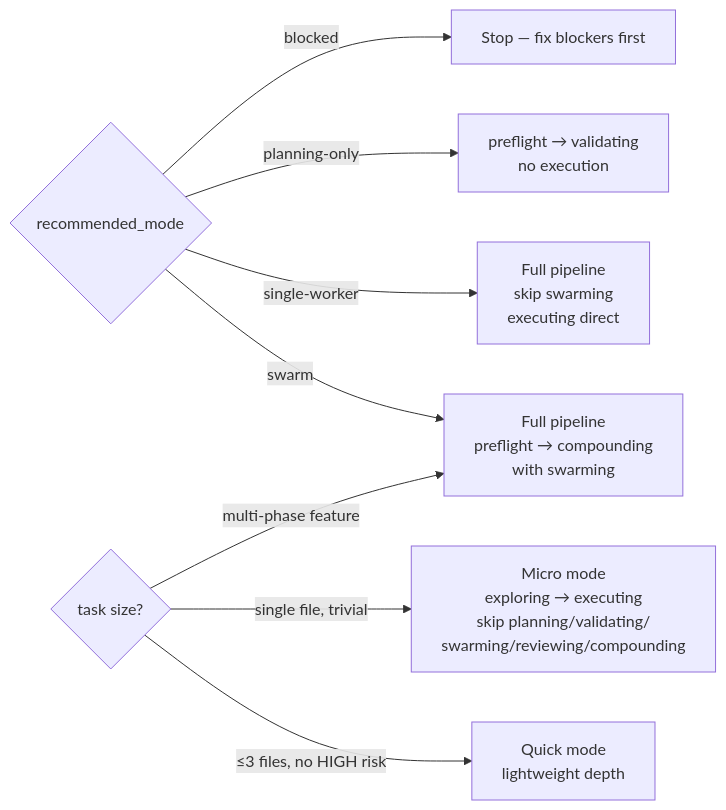
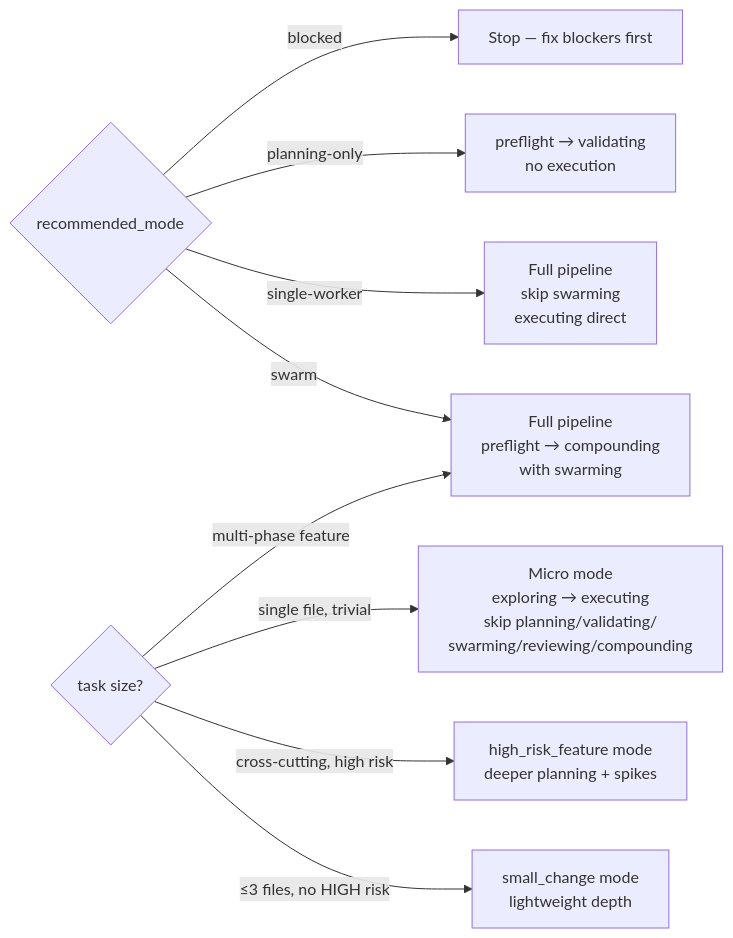
Before and after one commit to quanpersie2001/skills: the sixth of 7 diagrams in docs/ARCHITECTURE.md, drawn with Mermaid. The commit also changed other lines of this file and 20 other files, not shown here.

````diff
--- a/docs/ARCHITECTURE.md
+++ b/docs/ARCHITECTURE.md
@@ -568,13 +602,14 @@
 ```mermaid
 flowchart LR
     mode{recommended_mode}
     mode -->|swarm| full[Full pipeline\npreflight → compounding\nwith swarming]
     mode -->|single-worker| sw[Full pipeline\nskip swarming\nexecuting direct]
     mode -->|planning-only| po[preflight → validating\nno execution]
     mode -->|blocked| bl[Stop — fix blockers first]
 
     user{task size?}
-    user -->|≤3 files, no HIGH risk| quick[Quick mode\nlightweight depth]
+    user -->|≤3 files, no HIGH risk| quick[small_change mode\nlightweight depth]
+    user -->|cross-cutting, high risk| hr[high_risk_feature mode\ndeeper planning + spikes]
     user -->|single file, trivial| micro[Micro mode\nexploring → executing\nskip planning/validating/\nswarming/reviewing/compounding]
     user -->|multi-phase feature| full
 ```
````
